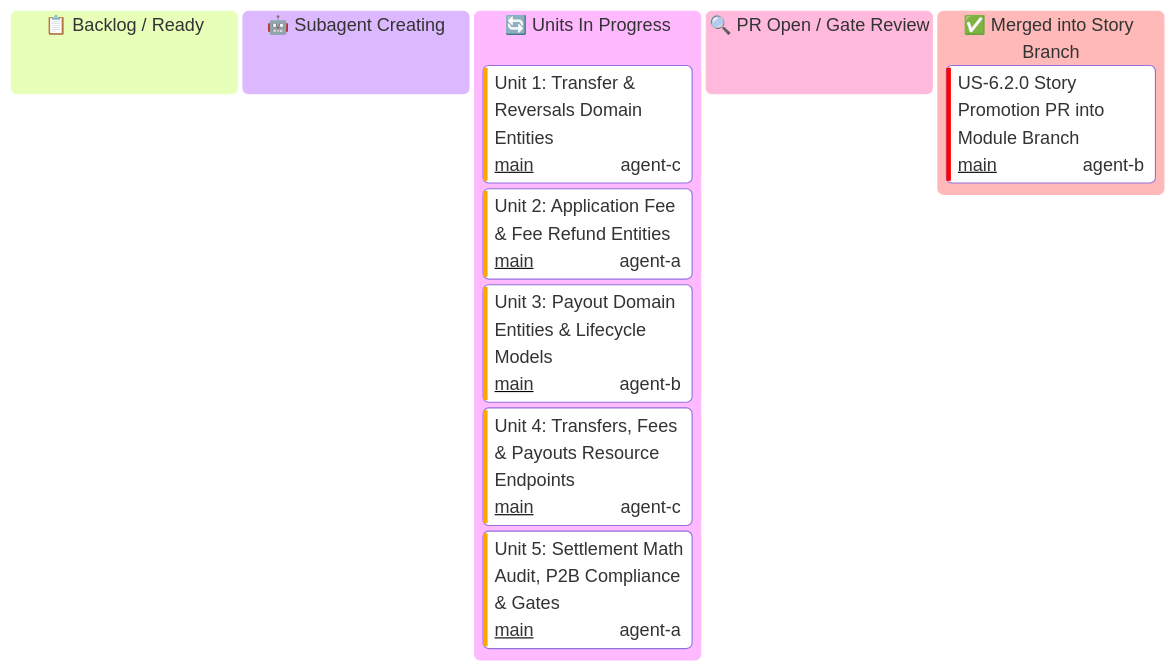
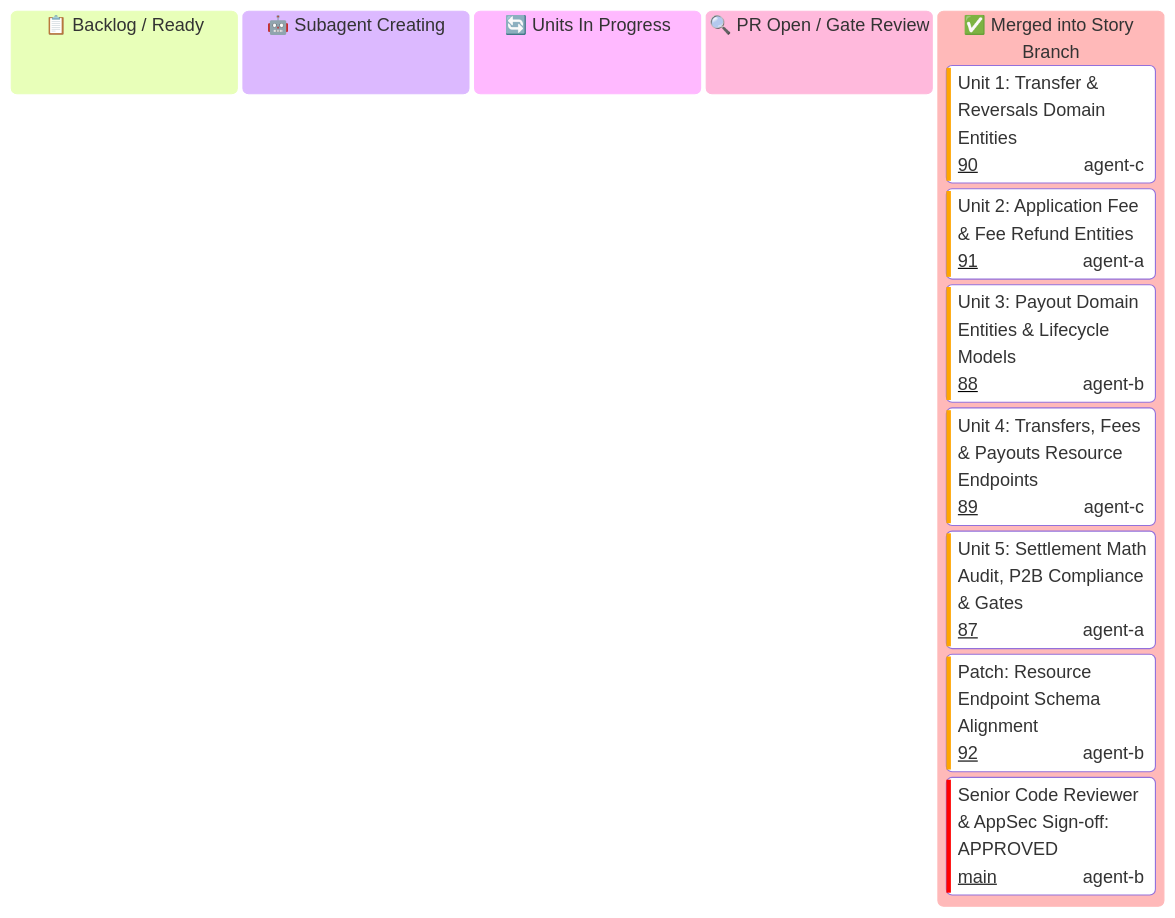
The diagram in docs/user-stories/module-6-connect-and-marketplaces/US-6.2.0-KANBAN.md (some-of-cs/some-stripe), drawn with Mermaid before and after one commit. The commit also changed other lines of this file, not shown here.

Commit message:
docs(us-6.2.0): update kanban with all merged units, patch PR #92, and approved gate review

````diff
--- a/docs/user-stories/module-6-connect-and-marketplaces/US-6.2.0-KANBAN.md
+++ b/docs/user-stories/module-6-connect-and-marketplaces/US-6.2.0-KANBAN.md
@@ -15,19 +15,20 @@
 ```mermaid
 ---
 config:
   kanban:
     ticketBaseUrl: 'https://github.com/some-of-cs/some-stripe/pull/#TICKET#'
 ---
 kanban
   todo[📋 Backlog / Ready]
   spawning[🤖 Subagent Creating]
   in_progress[🔄 Units In Progress]
-    u621[Unit 1: Transfer & Reversals Domain Entities]@{ ticket: 'main', assigned: 'agent-c', priority: 'High' }
-    u622[Unit 2: Application Fee & Fee Refund Entities]@{ ticket: 'main', assigned: 'agent-a', priority: 'High' }
-    u623[Unit 3: Payout Domain Entities & Lifecycle Models]@{ ticket: 'main', assigned: 'agent-b', priority: 'High' }
-    u624[Unit 4: Transfers, Fees & Payouts Resource Endpoints]@{ ticket: 'main', assigned: 'agent-c', priority: 'High' }
-    u625[Unit 5: Settlement Math Audit, P2B Compliance & Gates]@{ ticket: 'main', assigned: 'agent-a', priority: 'High' }
   review[🔍 PR Open / Gate Review]
   done[✅ Merged into Story Branch]
-    s62_pr[US-6.2.0 Story Promotion PR into Module Branch]@{ ticket: 'main', assigned: 'agent-b', priority: 'Very High' }
+    u621[Unit 1: Transfer & Reversals Domain Entities]@{ ticket: '90', assigned: 'agent-c', priority: 'High' }
+    u622[Unit 2: Application Fee & Fee Refund Entities]@{ ticket: '91', assigned: 'agent-a', priority: 'High' }
+    u623[Unit 3: Payout Domain Entities & Lifecycle Models]@{ ticket: '88', assigned: 'agent-b', priority: 'High' }
+    u624[Unit 4: Transfers, Fees & Payouts Resource Endpoints]@{ ticket: '89', assigned: 'agent-c', priority: 'High' }
+    u625[Unit 5: Settlement Math Audit, P2B Compliance & Gates]@{ ticket: '87', assigned: 'agent-a', priority: 'High' }
+    u62_patch[Patch: Resource Endpoint Schema Alignment]@{ ticket: '92', assigned: 'agent-b', priority: 'High' }
+    s62_review[Senior Code Reviewer & AppSec Sign-off: APPROVED]@{ ticket: 'main', assigned: 'agent-b', priority: 'Very High' }
 ```
````
